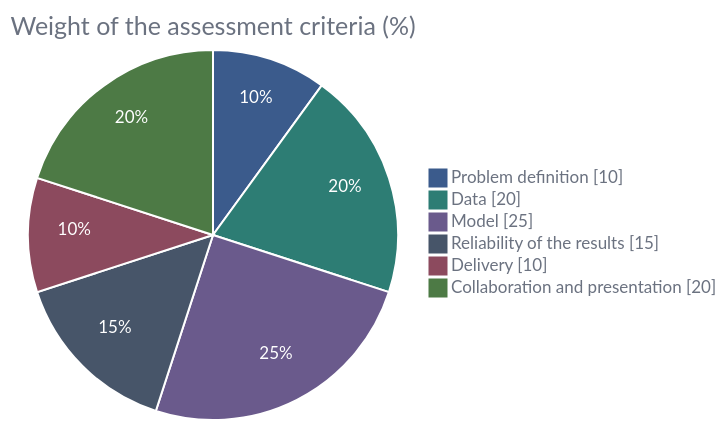
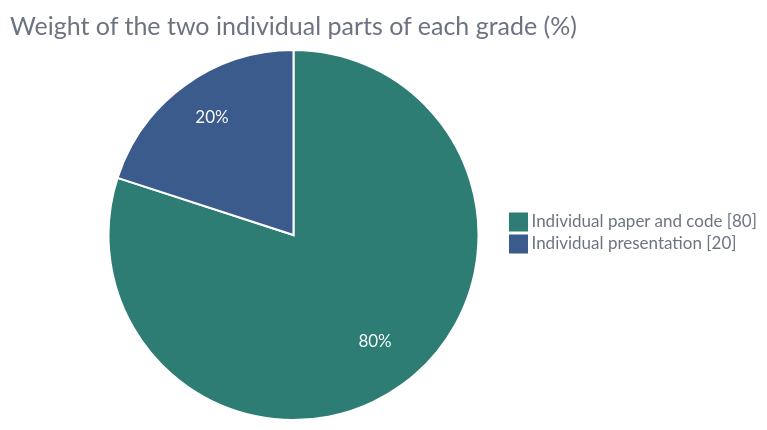
One commit to khoadaniel/statistical-programming-mpmd-htw-ws-2026 changed the first of 4 diagrams in proposal/CURRICULUM.md. Above: the diagram before and after it, drawn with Mermaid. The commit also changed other lines of this file and 12 other files, not shown here.

````diff
--- a/proposal/CURRICULUM.md
+++ b/proposal/CURRICULUM.md
@@ -793,27 +793,19 @@
 ```mermaid
 ---
 config:
   theme: base
   themeVariables:
-      pie1: "#3b5b8c"
-      pie2: "#2d7d74"
-      pie3: "#6a5a8c"
-      pie4: "#475569"
-      pie5: "#8c4a5e"
-      pie6: "#4d7a45"
+      pie1: "#2d7d74"
+      pie2: "#3b5b8c"
       pieSectionTextColor: "#ffffff"
       pieLegendTextColor: "#6b7280"
       pieTitleTextColor: "#6b7280"
       pieStrokeColor: "#ffffff"
       pieOuterStrokeWidth: "0px"
       pieOpacity: "1"
 ---
 pie showData
-  title Weight of the assessment criteria (%)
-  "Problem definition" : 10
-  "Data" : 20
-  "Model" : 25
-  "Reliability of the results" : 15
-  "Delivery" : 10
-  "Collaboration and presentation" : 20
+  title Weight of the two individual parts of each grade (%)
+  "Individual paper and code" : 80
+  "Individual presentation" : 20
 ```
````
